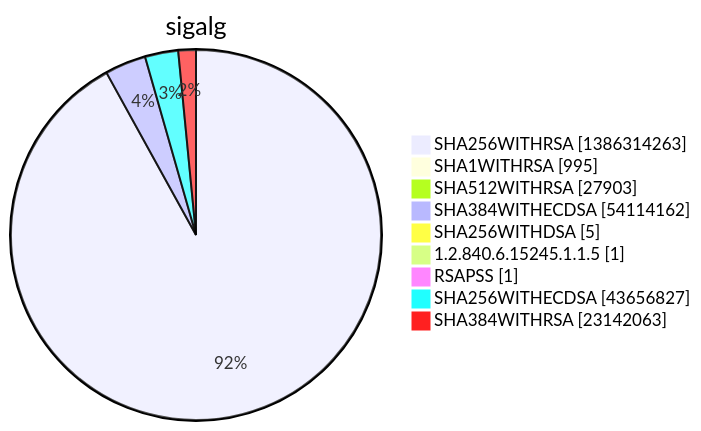
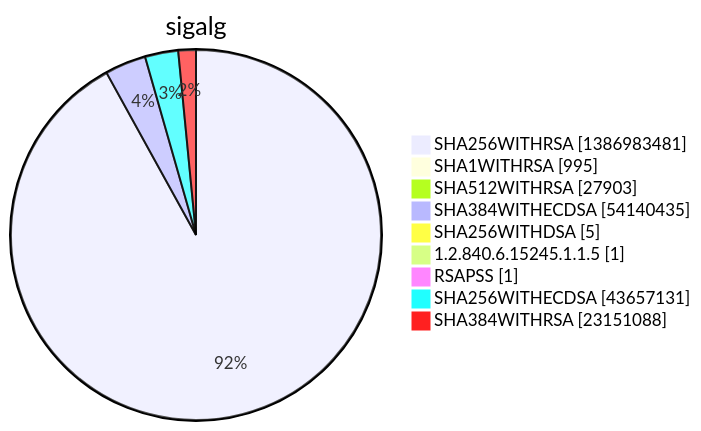
Diagram 15 of 15 in xenon2022/README.md (christiankrug/ctmonitor_visualization), drawn with Mermaid before and after one commit. The commit also changed other lines of this file, not shown here.

````diff
--- a/xenon2022/README.md
+++ b/xenon2022/README.md
@@ -5854,13 +5854,13 @@
 ```mermaid
 pie showData
 title sigalg
-"SHA256WITHRSA" :1386314263
+"SHA256WITHRSA" :1386983481
 "SHA1WITHRSA" :995
 "SHA512WITHRSA" :27903
-"SHA384WITHECDSA" :54114162
+"SHA384WITHECDSA" :54140435
 "SHA256WITHDSA" :5
 "1.2.840.6.15245.1.1.5" :1
 "RSAPSS" :1
-"SHA256WITHECDSA" :43656827
-"SHA384WITHRSA" :23142063
+"SHA256WITHECDSA" :43657131
+"SHA384WITHRSA" :23151088
 ```
````
